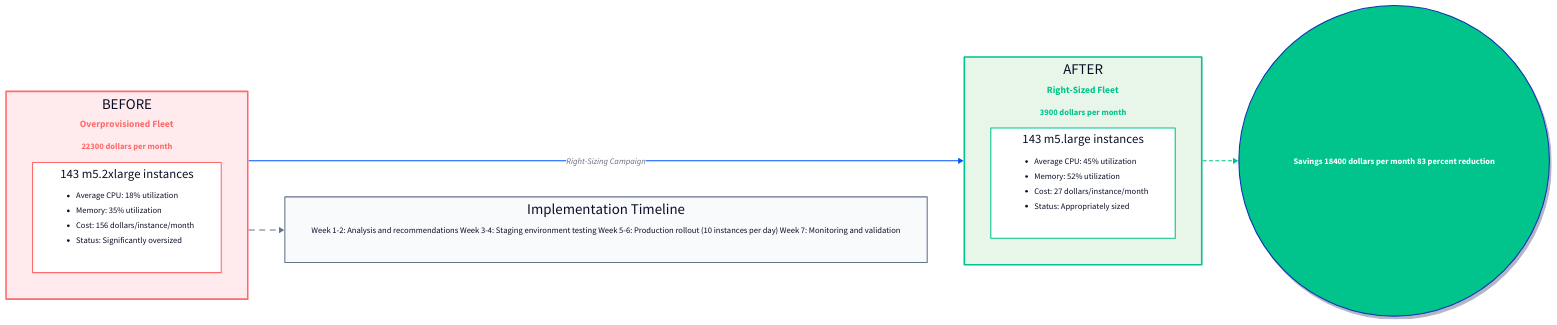
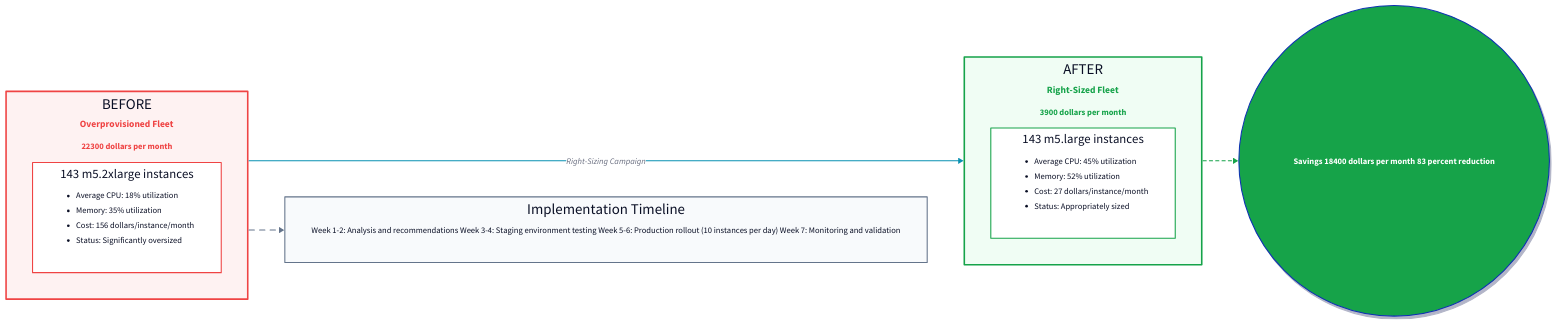
Before and after one commit to muskanbandta23/zopebooks: the diagram in books/finops-playbook/diagrams/right-sizing-before-after.d2, drawn with D2. The commit also changed 53 other files, not shown here.

```diff
--- a/books/finops-playbook/diagrams/right-sizing-before-after.d2
+++ b/books/finops-playbook/diagrams/right-sizing-before-after.d2
@@ -1,123 +1,123 @@
 # Right-Sizing Before/After Comparison
 # Purpose: Show cost impact of right-sizing overprovisioned instances
-# Brand: Zopdev (#0052FF primary, #00C48C success, #FFB020 warning, #FF6B6B danger)
+# Brand: Zopdev (#0891b2 primary, #16a34a success, #fbbf24 warning, #ef4444 danger)
 
 direction: right
 
 vars: {
   d2-config: {
     layout-engine: elk
     pad: 20
   }
 }
 
 # BEFORE: Overprovisioned
 before: BEFORE {
   shape: rectangle
-  style.fill: "#ffebee"
-  style.stroke: "#FF6B6B"
+  style.fill: "#fef2f2"
+  style.stroke: "#ef4444"
   style.stroke-width: 3
 
   title: Overprovisioned Fleet {
     shape: text
     style.font-size: 18
     style.bold: true
-    style.font-color: "#FF6B6B"
+    style.font-color: "#ef4444"
   }
 
   cost: 22300 dollars per month {
     shape: text
     style.font-size: 16
     style.bold: true
-    style.font-color: "#FF6B6B"
+    style.font-color: "#ef4444"
   }
 
   instances: 143 m5.2xlarge instances {
     shape: rectangle
     style.fill: "#ffffff"
-    style.stroke: "#FF6B6B"
+    style.stroke: "#ef4444"
 
     stats: |md
       - Average CPU: 18% utilization
       - Memory: 35% utilization
       - Cost: 156 dollars/instance/month
       - Status: Significantly oversized
     |
   }
 }
 
 # AFTER: Right-Sized
 after: AFTER {
   shape: rectangle
-  style.fill: "#e8f5e9"
-  style.stroke: "#00C48C"
+  style.fill: "#f0fdf4"
+  style.stroke: "#16a34a"
   style.stroke-width: 3
 
   title: Right-Sized Fleet {
     shape: text
     style.font-size: 18
     style.bold: true
-    style.font-color: "#00C48C"
+    style.font-color: "#16a34a"
   }
 
   cost: 3900 dollars per month {
     shape: text
     style.font-size: 16
     style.bold: true
-    style.font-color: "#00C48C"
+    style.font-color: "#16a34a"
   }
 
   instances: 143 m5.large instances {
     shape: rectangle
     style.fill: "#ffffff"
-    style.stroke: "#00C48C"
+    style.stroke: "#16a34a"
 
     stats: |md
       - Average CPU: 45% utilization
       - Memory: 52% utilization
       - Cost: 27 dollars/instance/month
       - Status: Appropriately sized
     |
   }
 }
 
 # Flow
 before -> after: Right-Sizing Campaign {
-  style.stroke: "#0052FF"
+  style.stroke: "#0891b2"
   style.stroke-width: 2
 }
 
 # Savings badge
 savings: Savings 18400 dollars per month 83 percent reduction {
   shape: circle
-  style.fill: "#00C48C"
+  style.fill: "#16a34a"
   style.font-color: "#ffffff"
   style.font-size: 16
   style.shadow: true
   style.bold: true
 }
 
 after -> savings {
-  style.stroke: "#00C48C"
+  style.stroke: "#16a34a"
   style.stroke-dash: 3
   style.stroke-width: 2
 }
 
 # Timeline
 timeline: Implementation Timeline {
   shape: rectangle
   style.fill: "#f8fafc"
   style.stroke: "#64748B"
 
   phases: |md
     Week 1-2: Analysis and recommendations
     Week 3-4: Staging environment testing
     Week 5-6: Production rollout (10 instances per day)
     Week 7: Monitoring and validation
   |
 }
 
 before -> timeline {
   style.stroke: "#64748B"
   style.stroke-dash: 5
 }
```
